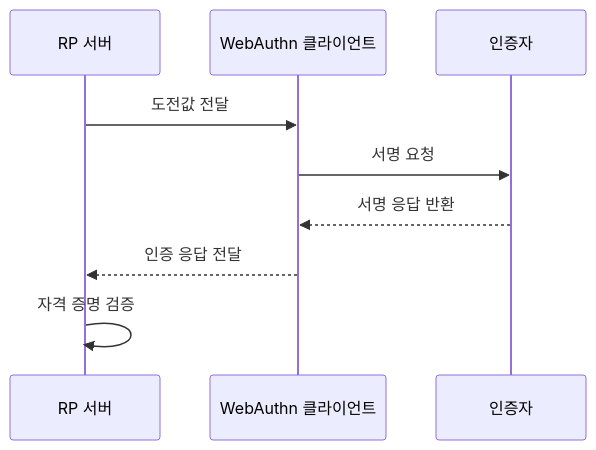
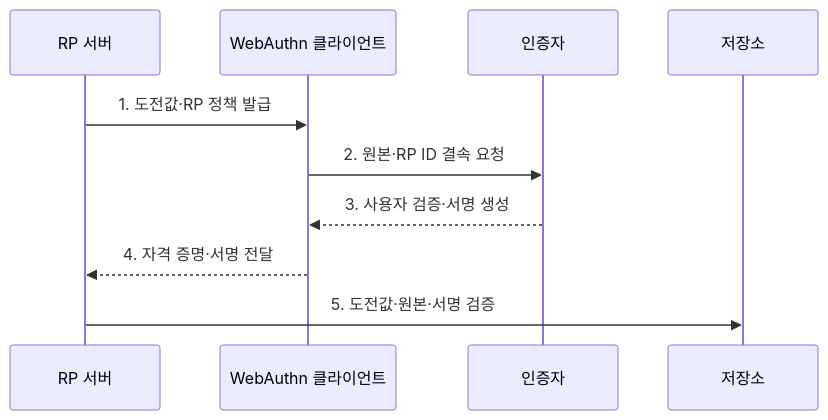
The second of 2 diagrams in src/content/docs/notes/05-security/055_fido2_webauthn.md (agnusdei1207/knowledge-base), drawn with Mermaid before and after one commit. The commit also changed other lines of this file and 11 other files, not shown here.

````diff
--- a/src/content/docs/notes/05-security/055_fido2_webauthn.md
+++ b/src/content/docs/notes/05-security/055_fido2_webauthn.md
@@ -82,11 +85,12 @@
 ```mermaid
 sequenceDiagram
     participant R as RP 서버
     participant B as WebAuthn 클라이언트
     participant A as 인증자
-    R->>B: 도전값 전달
-    B->>A: 서명 요청
-    A-->>B: 서명 응답 반환
-    B-->>R: 인증 응답 전달
-    R->>R: 자격 증명 검증
+    participant 저장소
+    R->>B: 1. 도전값·RP 정책 발급
+    B->>A: 2. 원본·RP ID 결속 요청
+    A-->>B: 3. 사용자 검증·서명 생성
+    B-->>R: 4. 자격 증명·서명 전달
+    R->>저장소: 5. 도전값·원본·서명 검증
 ```
````
